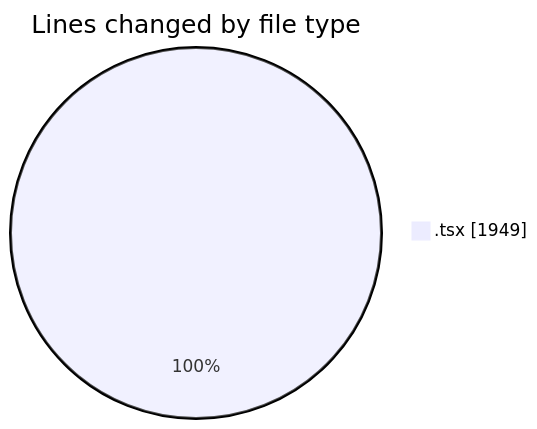
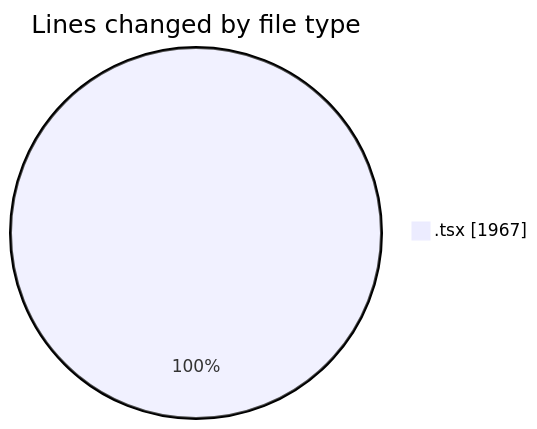
Before and after one commit to nxtqubesakshisongat/code-tracking: the first of 2 diagrams in 2026-04-05/nxtqube_webapp/README.md, drawn with Mermaid. The commit also changed other lines of this file and 1 other file, not shown here.

````diff
--- a/2026-04-05/nxtqube_webapp/README.md
+++ b/2026-04-05/nxtqube_webapp/README.md
@@ -22,5 +22,5 @@
 ```mermaid
 pie showData
 title Lines changed by file type
-".tsx" : 1949
+".tsx" : 1967
 ```
````
